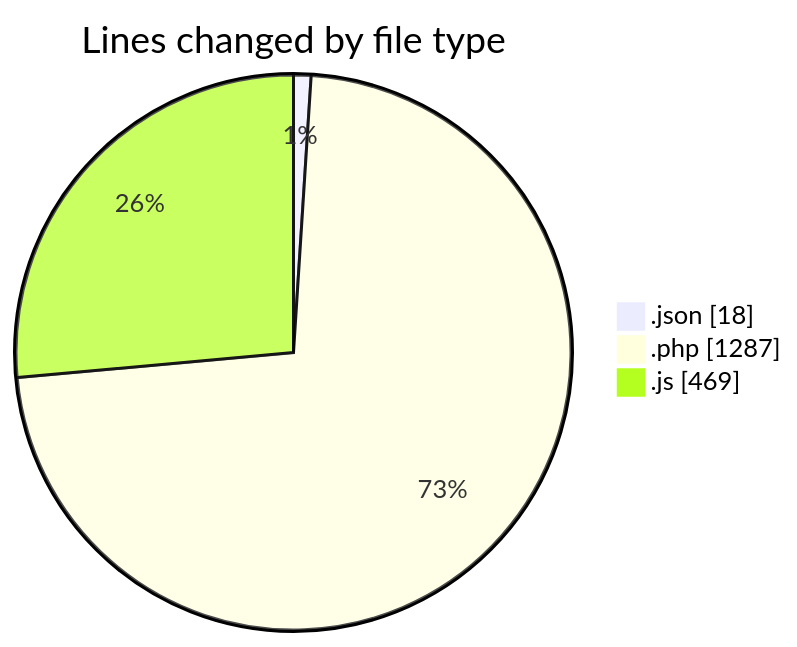
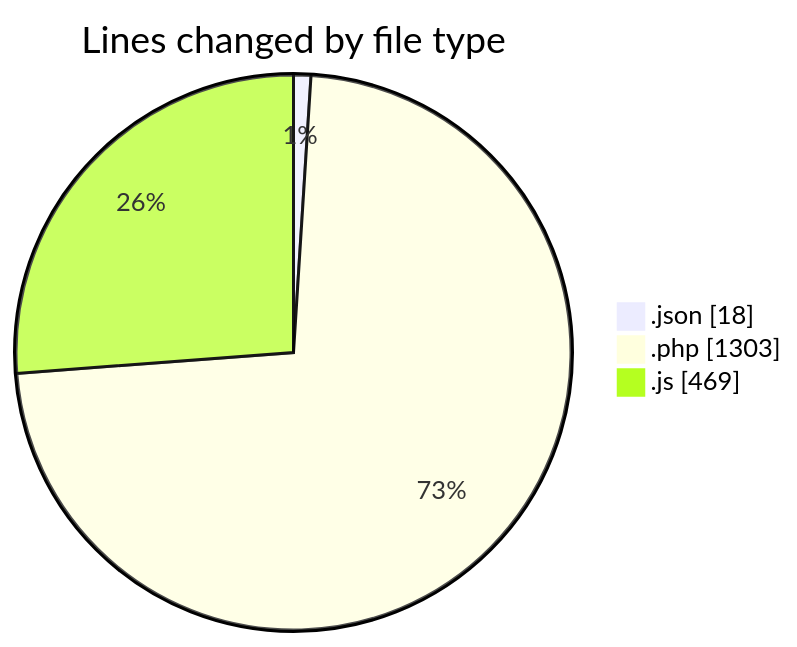
One commit to debugP/code-tracking changed the first of 2 diagrams in 2025-09-26/untitled__workspace_/README.md. Above: the diagram before and after it, drawn with Mermaid. The commit also changed other lines of this file and 1 other file, not shown here.

````diff
--- a/2025-09-26/untitled__workspace_/README.md
+++ b/2025-09-26/untitled__workspace_/README.md
@@ -24,7 +24,7 @@
 ```mermaid
 pie showData
 title Lines changed by file type
 ".json" : 18
-".php" : 1287
+".php" : 1303
 ".js" : 469
 ```
````
